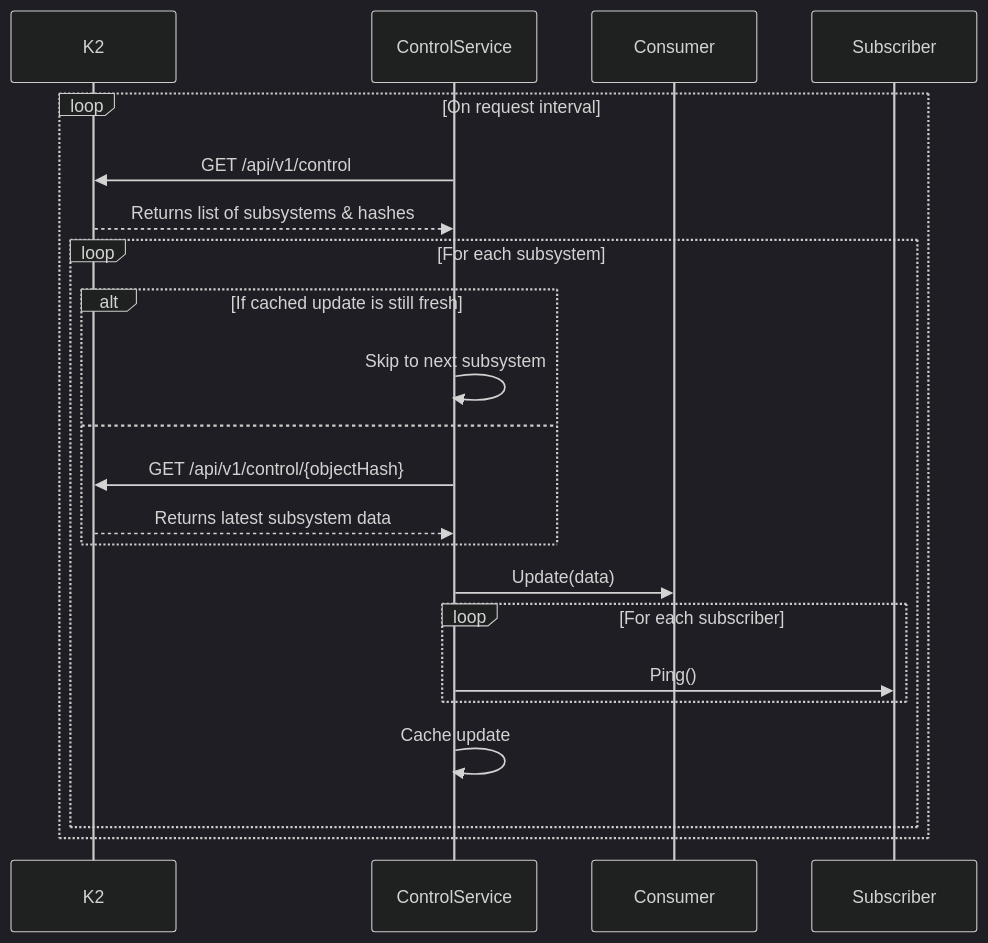
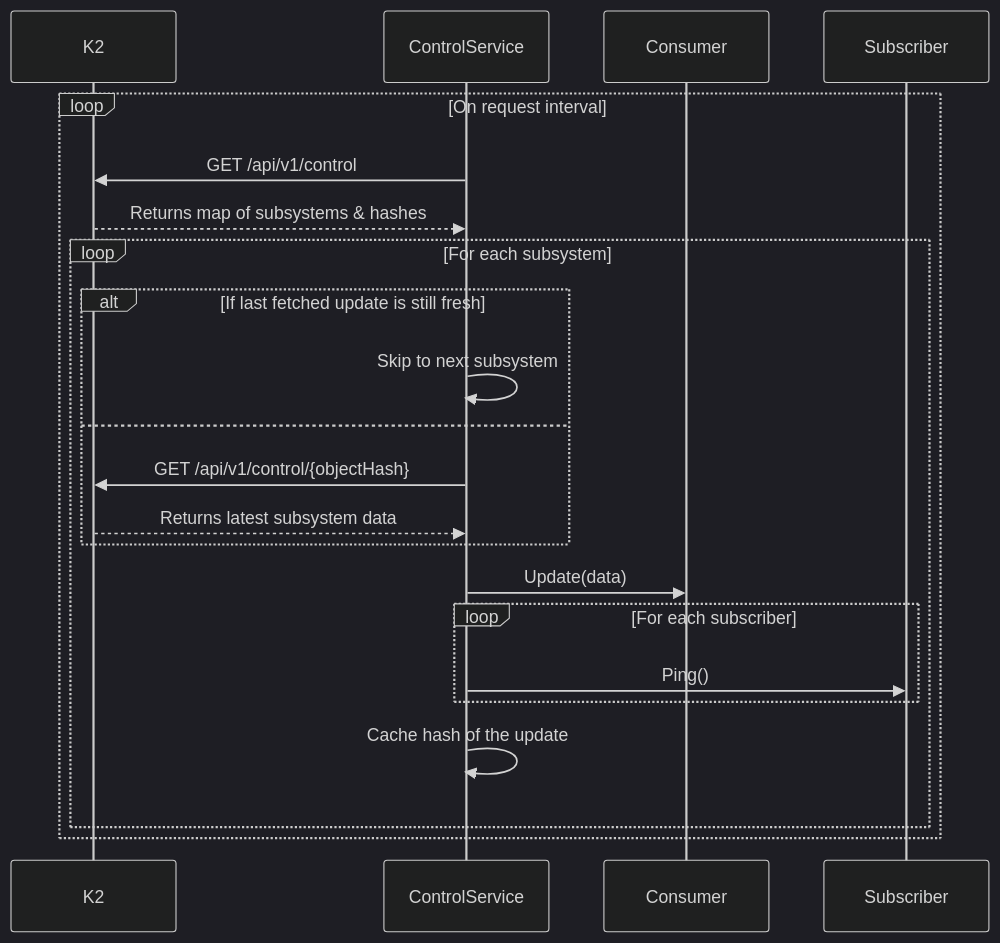
The diagram in docs/architecture/control_server.md (kolide/launcher), drawn with Mermaid (dark theme) before and after one commit. The commit also changed 1 other file, not shown here.

Commit message:
Fixed some words

````diff
--- a/docs/architecture/control_server.md
+++ b/docs/architecture/control_server.md
@@ -16,29 +16,29 @@
 ```mermaid
 sequenceDiagram
     participant K2
     participant ControlService
     participant Consumer
     participant Subscriber
 
     loop On request interval
         ControlService->>K2: GET /api/v1/control
-        K2-->>ControlService: Returns list of subsystems & hashes
+        K2-->>ControlService: Returns map of subsystems & hashes
 
         loop For each subsystem
-            alt If cached update is still fresh
+            alt If last fetched update is still fresh
                 ControlService->>ControlService: Skip to next subsystem
             else
                 ControlService->>K2: GET /api/v1/control/{objectHash}
                 K2-->>ControlService: Returns latest subsystem data
             end
 
             ControlService->>Consumer: Update(data)
 
             loop For each subscriber
                 ControlService->>Subscriber: Ping()
             end
 
-            ControlService->>ControlService: Cache update
+            ControlService->>ControlService: Cache hash of the update
         end
     end
 ```
````
